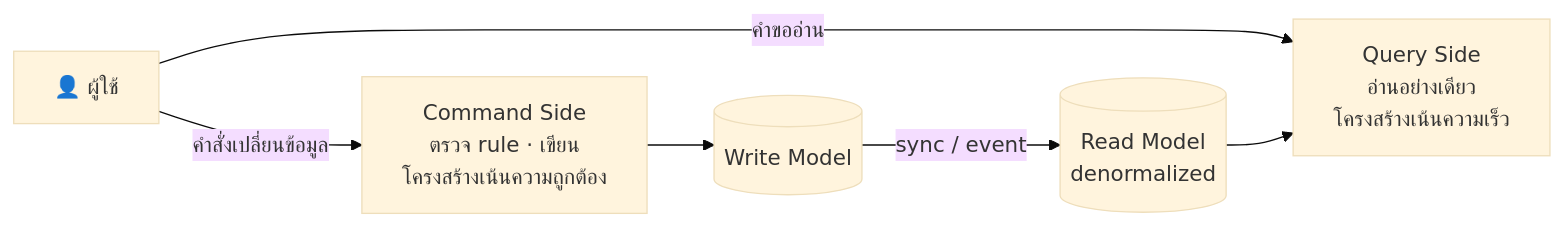
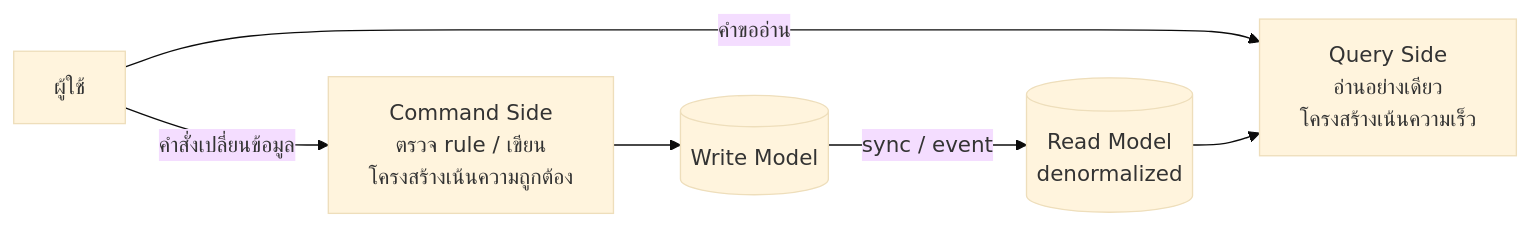
Diagram 17 of 25 in readings/04-system-architecture-design.md (CE-SDPX/SDPX-AI), drawn with Mermaid (base theme) before and after one commit. The commit also changed other lines of this file and 6 other files, not shown here.

````diff
--- a/readings/04-system-architecture-design.md
+++ b/readings/04-system-architecture-design.md
@@ -537,9 +536,9 @@
 ```mermaid
 flowchart LR
-    U["👤 ผู้ใช้"]
-    U -->|"คำสั่งเปลี่ยนข้อมูล"| CMD["Command Side<br/>ตรวจ rule · เขียน<br/>โครงสร้างเน้นความถูกต้อง"]
+    U["ผู้ใช้"]
+    U -->|"คำสั่งเปลี่ยนข้อมูล"| CMD["Command Side<br/>ตรวจ rule / เขียน<br/>โครงสร้างเน้นความถูกต้อง"]
     U -->|"คำขออ่าน"| QRY["Query Side<br/>อ่านอย่างเดียว<br/>โครงสร้างเน้นความเร็ว"]
     CMD --> WDB[("Write Model")]
     WDB -->|"sync / event"| RDB[("Read Model<br/>denormalized")]
     RDB --> QRY
 ```
````
